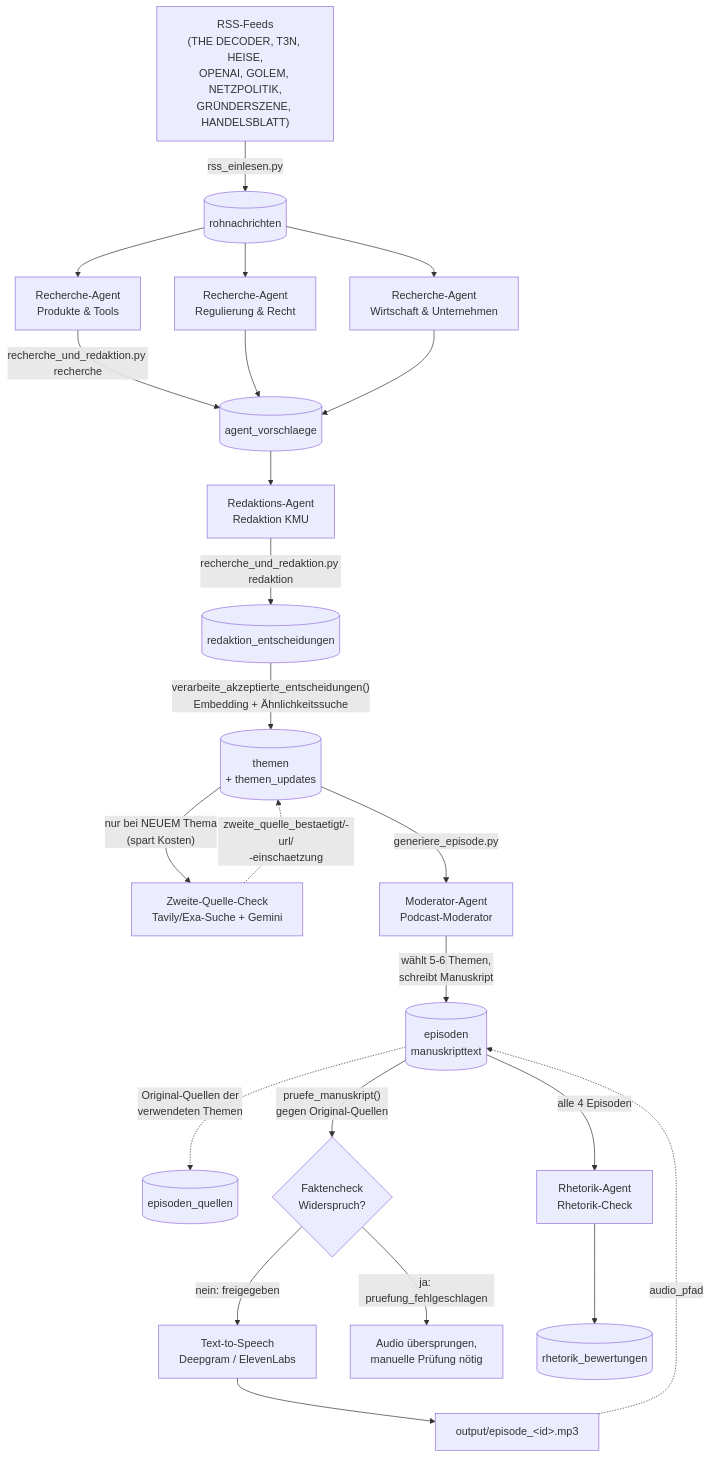
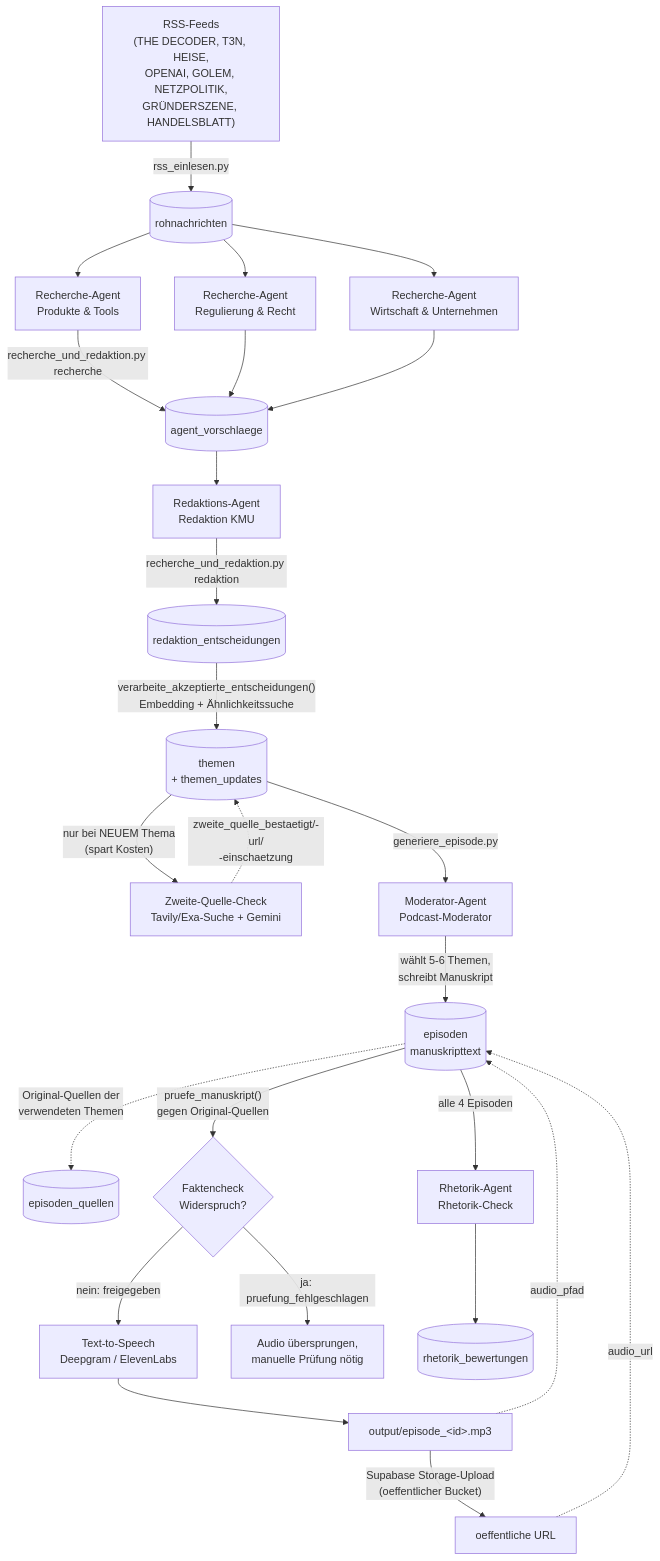
One commit to SaschaPetro/Podcast changed the diagram in README.md. Above: the diagram before and after it, drawn with Mermaid. The commit also changed other lines of this file and 4 other files, not shown here.

First line of the commit message:
README auf Storage-Upload/KI-Kennzeichnung nachziehen, Manuskript-Prompt versioniert in DB speichern

````diff
--- a/README.md
+++ b/README.md
@@ -9,32 +9,34 @@
 ```mermaid
 flowchart TD
     RSS["RSS-Feeds<br/>(THE DECODER, T3N, HEISE,<br/>OPENAI, GOLEM, NETZPOLITIK,<br/>GRÜNDERSZENE, HANDELSBLATT)"] -->|rss_einlesen.py| ROH[("rohnachrichten")]
 
     ROH --> RA1["Recherche-Agent<br/>Produkte & Tools"]
     ROH --> RA2["Recherche-Agent<br/>Regulierung & Recht"]
     ROH --> RA3["Recherche-Agent<br/>Wirtschaft & Unternehmen"]
 
     RA1 -->|recherche_und_redaktion.py recherche| VOR[("agent_vorschlaege")]
     RA2 --> VOR
     RA3 --> VOR
 
     VOR --> RED["Redaktions-Agent<br/>Redaktion KMU"]
     RED -->|recherche_und_redaktion.py redaktion| ENT[("redaktion_entscheidungen")]
 
     ENT -->|"verarbeite_akzeptierte_entscheidungen()<br/>Embedding + Ähnlichkeitssuche"| THE[("themen<br/>+ themen_updates")]
     THE -->|"nur bei NEUEM Thema<br/>(spart Kosten)"| ZQ["Zweite-Quelle-Check<br/>Tavily/Exa-Suche + Gemini"]
     ZQ -.->|"zweite_quelle_bestaetigt/-url/<br/>-einschaetzung"| THE
 
     THE -->|generiere_episode.py| MOD["Moderator-Agent<br/>Podcast-Moderator"]
     MOD -->|"wählt 5-6 Themen,<br/>schreibt Manuskript"| EP[("episoden<br/>manuskripttext")]
     EP -.->|"Original-Quellen der<br/>verwendeten Themen"| EQ[("episoden_quellen")]
 
     EP -->|"pruefe_manuskript()<br/>gegen Original-Quellen"| FC{"Faktencheck<br/>Widerspruch?"}
     FC -->|nein: freigegeben| TTS["Text-to-Speech<br/>Deepgram / ElevenLabs"]
     FC -->|ja: pruefung_fehlgeschlagen| STOP["Audio übersprungen,<br/>manuelle Prüfung nötig"]
     TTS --> MP3["output/episode_&lt;id&gt;.mp3"]
     MP3 -.->|audio_pfad| EP
+    MP3 -->|"Supabase Storage-Upload<br/>(oeffentlicher Bucket)"| AUDIOURL["oeffentliche URL"]
+    AUDIOURL -.->|audio_url| EP
 
     EP -->|"alle 4 Episoden"| RHET["Rhetorik-Agent<br/>Rhetorik-Check"]
     RHET --> RB[("rhetorik_bewertungen")]
 ```
````
